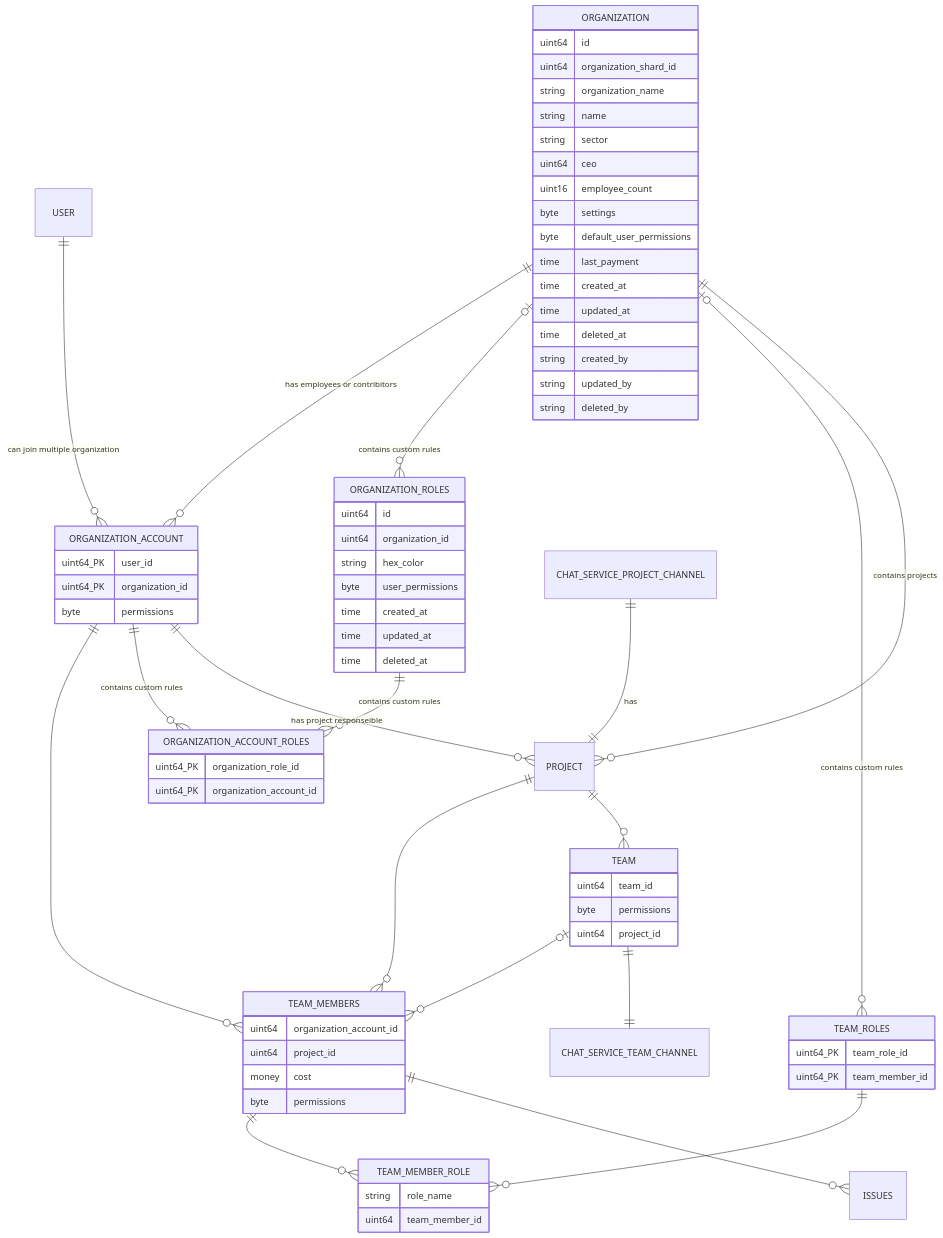
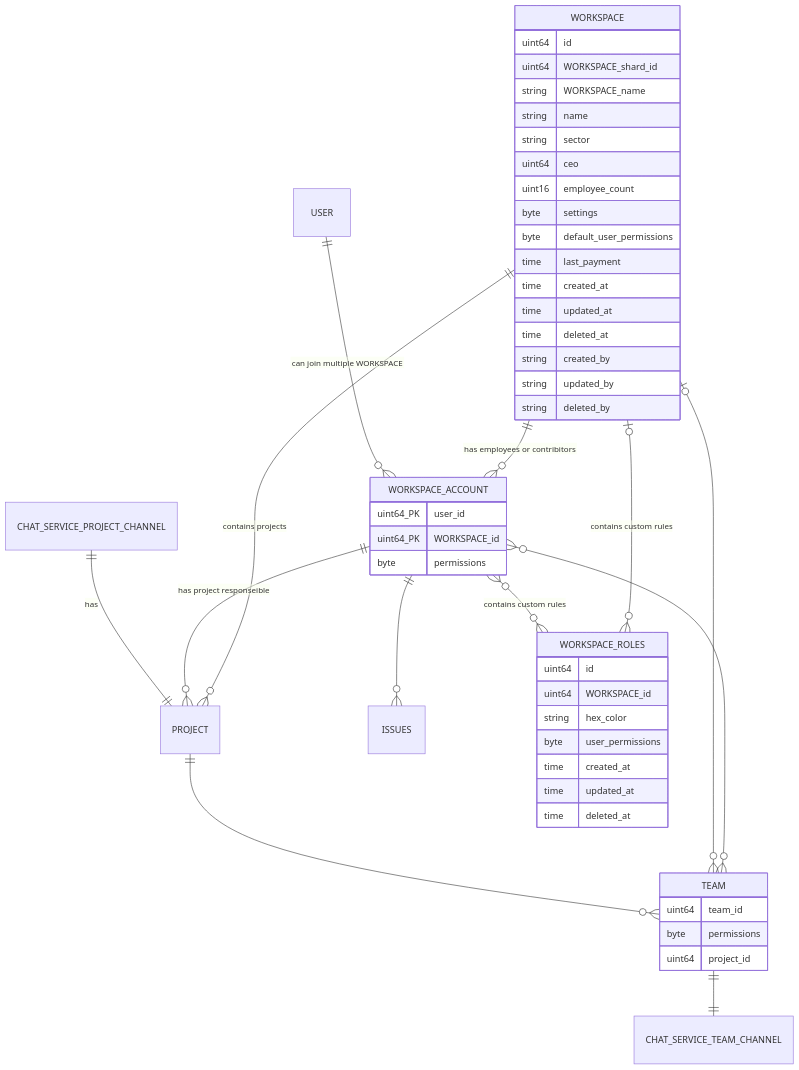
One commit to DEONSKY/ProjectManagementAppDoc changed the second of 3 diagrams in README.md. Above: the diagram before and after it, drawn with Mermaid. The commit also changed other lines of this file, not shown here.

````diff
--- a/README.md
+++ b/README.md
@@ -52,17 +94,12 @@
 ```mermaid
 erDiagram 
-ORGANIZATION_ACCOUNT 
+WORKSPACE_ACCOUNT 
 
-ORGANIZATION_ACCOUNT ||--o{ TEAM_MEMBERS  : ""
-TEAM |o--o{ TEAM_MEMBERS : ""
-PROJECT ||--o{ TEAM_MEMBERS : ""
+WORKSPACE_ACCOUNT }o--o{ TEAM : ""
 
-TEAM_MEMBERS {
-	uint64 organization_account_id
-	uint64 project_id
-	money cost
-	byte permissions
-}
+WORKSPACE |o--o{ TEAM : ""
+
+
 
 TEAM {
 uint64 team_id
@@ -73,20 +110,16 @@
 PROJECT ||--o{ TEAM : ""
 TEAM ||--|| CHAT_SERVICE_TEAM_CHANNEL: ""
 
-TEAM_MEMBER_ROLE {
-string role_name
-uint64 team_member_id
-}
 
-TEAM_MEMBERS ||--o{ TEAM_MEMBER_ROLE : ""
-TEAM_MEMBERS ||--o{ ISSUES : ""
 
-TEAM_ROLES ||--o{ TEAM_MEMBER_ROLE : ""
-ORGANIZATION  ||--o{  ORGANIZATION_ACCOUNT  : "has employees or contribitors"  
- ORGANIZATION  {  
+WORKSPACE_ACCOUNT||--o{ ISSUES : ""
+
+
+WORKSPACE  ||--o{  WORKSPACE_ACCOUNT  : "has employees or contribitors"  
+ WORKSPACE  {  
  uint64 id
- uint64 organization_shard_id
- string organization_name  
+ uint64 WORKSPACE_shard_id
+ string WORKSPACE_name  
  string name 
  string sector  
  uint64 ceo
@@ -102,25 +135,14 @@
  string deleted_by
  
  }  
-ORGANIZATION |o--o{  ORGANIZATION_ROLES  : "contains custom rules" 
-ORGANIZATION |o--o{  TEAM_ROLES  : "contains custom rules" 
+WORKSPACE |o--o{  WORKSPACE_ROLES  : "contains custom rules" 
 
-ORGANIZATION_ACCOUNT ||--o{  ORGANIZATION_ACCOUNT_ROLES  : "contains custom rules" 
-ORGANIZATION_ROLES ||--o{  ORGANIZATION_ACCOUNT_ROLES  : "contains custom rules" 
+WORKSPACE_ACCOUNT }o--o{  WORKSPACE_ROLES  : "contains custom rules" 
 
-ORGANIZATION_ACCOUNT_ROLES {
-	uint64_PK organization_role_id
-	uint64_PK organization_account_id
-}
 
-TEAM_ROLES {
-	uint64_PK team_role_id
-	uint64_PK team_member_id
-}
-
-ORGANIZATION_ROLES {
+WORKSPACE_ROLES {
 	uint64 id
-	uint64 organization_id
+	uint64 WORKSPACE_id
 	string hex_color
 	byte user_permissions
 	time created_at
@@ -128,13 +150,13 @@
 	time deleted_at
 
 }
- ORGANIZATION_ACCOUNT  {  
+ WORKSPACE_ACCOUNT  {  
  uint64_PK user_id  
- uint64_PK organization_id  
+ uint64_PK WORKSPACE_id  
  byte permissions
  }  
- ORGANIZATION ||--o{  PROJECT  : "contains projects"  
- ORGANIZATION_ACCOUNT ||--o{  PROJECT  : "has project responseible"  
- USER ||--o{  ORGANIZATION_ACCOUNT  : "can join multiple organization" 
+ WORKSPACE ||--o{  PROJECT  : "contains projects"  
+ WORKSPACE_ACCOUNT ||--o{  PROJECT  : "has project responseible"  
+ USER ||--o{  WORKSPACE_ACCOUNT  : "can join multiple WORKSPACE" 
  CHAT_SERVICE_PROJECT_CHANNEL ||--||  PROJECT  : "has" 
 ```
````
